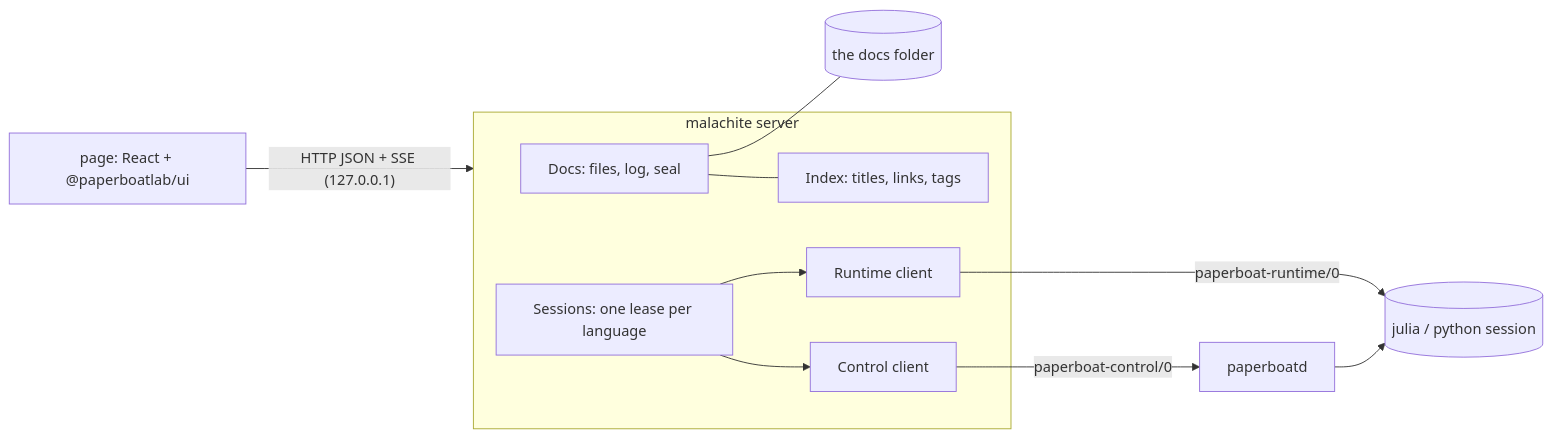
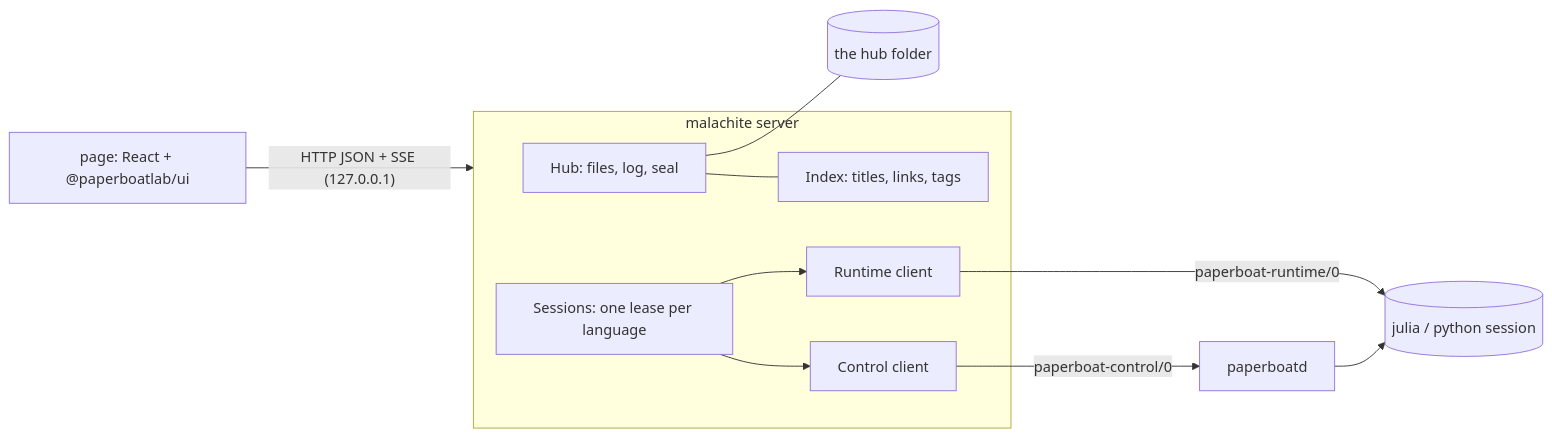
Before and after one commit to paperboatlab/malachite: the diagram in ARCHITECTURE.md, drawn with Mermaid. The commit also changed other lines of this file and 17 other files, not shown here.

First line of the commit message:
Call the folder a hub, not docs

````diff
--- a/ARCHITECTURE.md
+++ b/ARCHITECTURE.md
@@ -12,13 +12,13 @@
 ```mermaid
 flowchart LR
   P[page: React + @paperboatlab/ui] -- "HTTP JSON + SSE (127.0.0.1)" --> S
   subgraph S[malachite server]
-    V[Docs: files, log, seal] --- I[Index: titles, links, tags]
+    V[Hub: files, log, seal] --- I[Index: titles, links, tags]
     X[Sessions: one lease per language] --> C[Control client]
     X --> R[Runtime client]
   end
   C -- paperboat-control/0 --> D[paperboatd]
   R -- paperboat-runtime/0 --> K[(julia / python session)]
   D --> K
-  V --- F[(the docs folder)]
+  V --- F[(the hub folder)]
 ```
````
